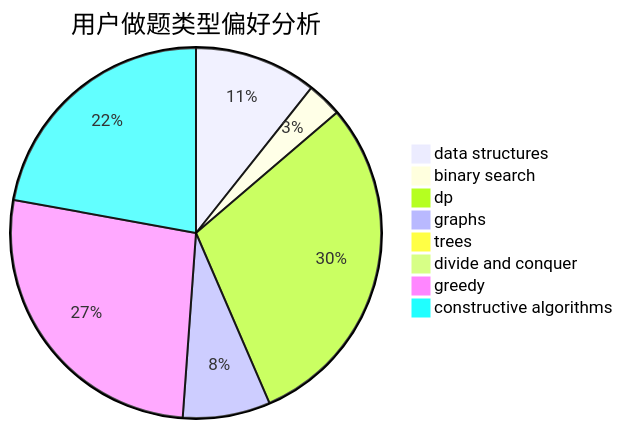
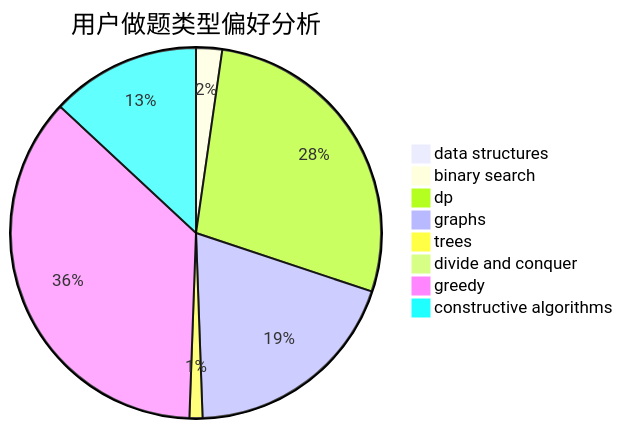
The second of 3 diagrams in docs/user/u2435.md (sherpahu/cfrs.github.io), drawn with Mermaid before and after one commit. The commit also changed other lines of this file and 2770 other files, not shown here.

````diff
--- a/docs/user/u2435.md
+++ b/docs/user/u2435.md
@@ -23,11 +23,11 @@
 ```mermaid
 pie title 用户做题类型偏好分析
-    "data structures" :  14
+    "data structures" :  0
     "binary search" :  4
-    "dp" :  39
-    "graphs" :  10
-    "trees" :  0
+    "dp" :  49
+    "graphs" :  34
+    "trees" :  2
     "divide and conquer" :  0
-    "greedy" :  35
-    "constructive algorithms" :  29
+    "greedy" :  64
+    "constructive algorithms" :  23
 ```
````
